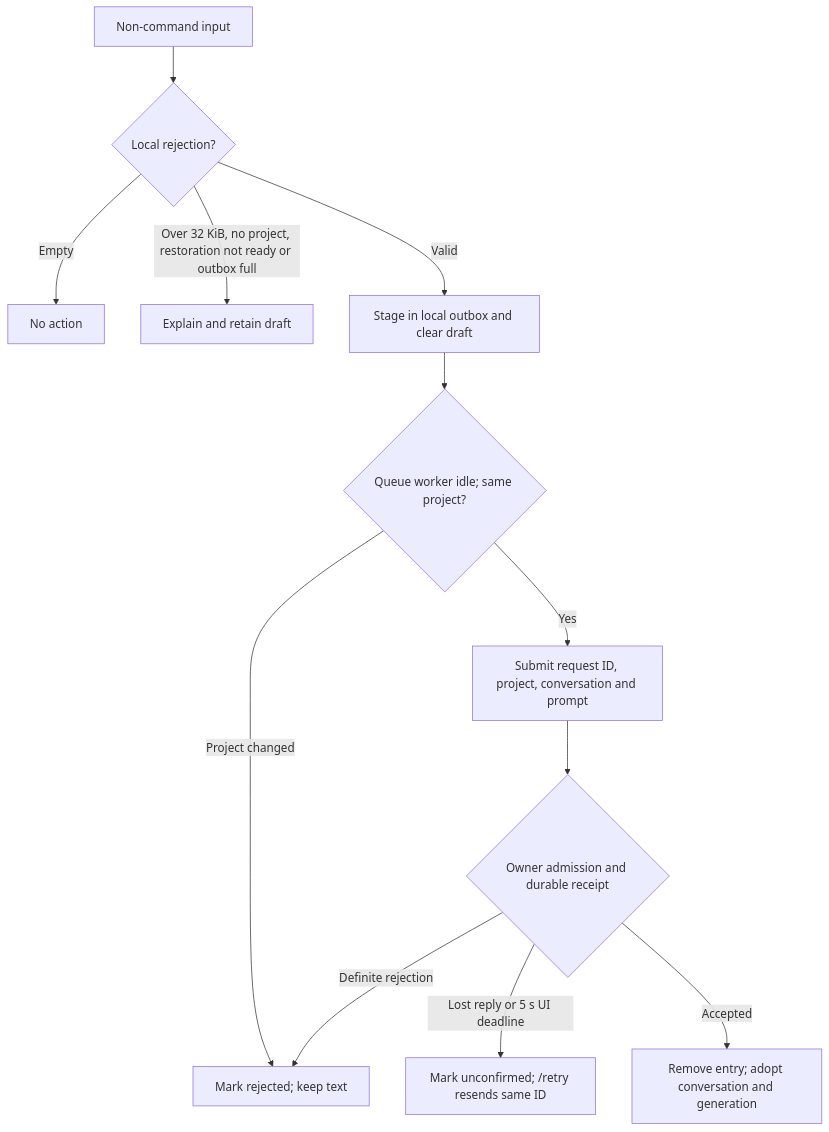
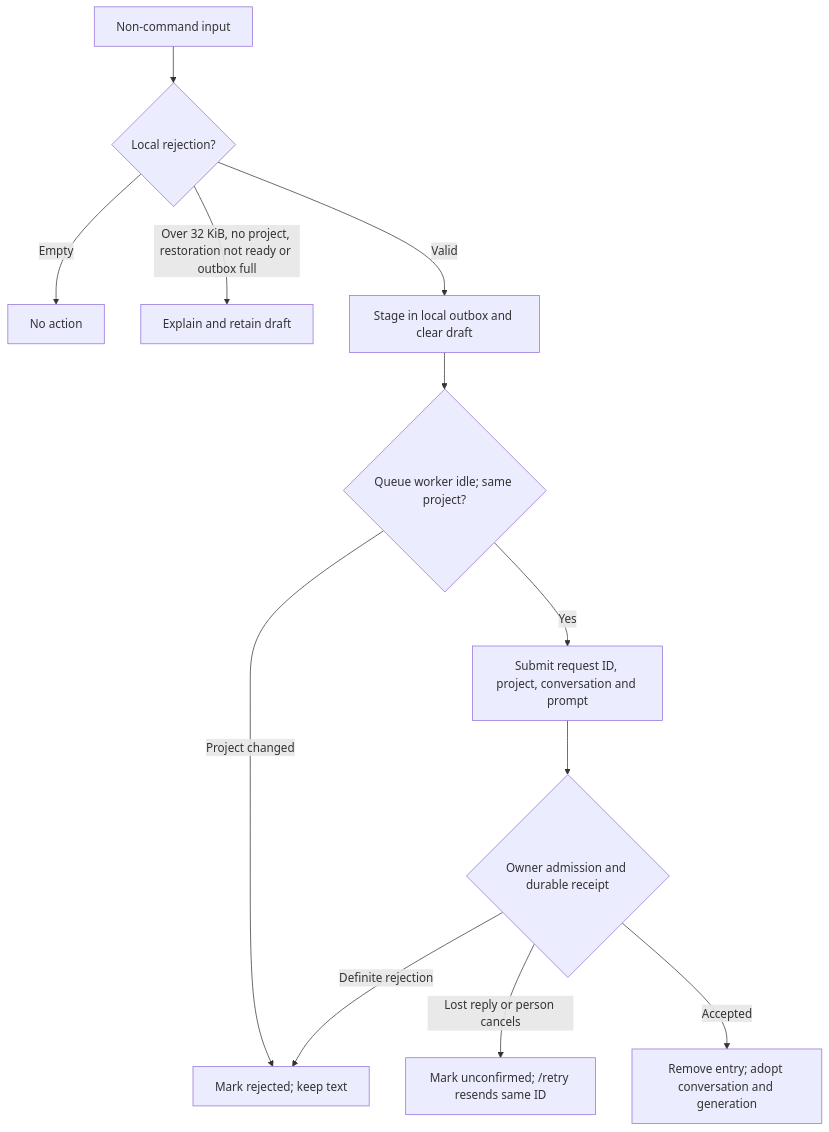
Before and after one commit to pidster/asura: diagram 11 of 18 in docs/designs/command-flows.md, drawn with Mermaid. The commit also changed other lines of this file and 39 other files, not shown here.

````diff
--- a/docs/designs/command-flows.md
+++ b/docs/designs/command-flows.md
@@ -348,14 +361,14 @@
 ```mermaid
 flowchart TD
     Text["Non-command input"] --> Local{"Local rejection?"}
     Local -->|Empty| Ignore["No action"]
     Local -->|"Over 32 KiB, no project, restoration not ready or outbox full"| Keep["Explain and retain draft"]
     Local -->|Valid| Stage["Stage in local outbox and clear draft"]
     Stage --> Worker{"Queue worker idle; same project?"}
     Worker -->|"Project changed"| Rejected["Mark rejected; keep text"]
     Worker -->|Yes| Submit["Submit request ID, project, conversation and prompt"]
     Submit --> Admit{"Owner admission and durable receipt"}
     Admit -->|"Definite rejection"| Rejected
-    Admit -->|"Lost reply or 5 s UI deadline"| Retry["Mark unconfirmed; /retry resends same ID"]
+    Admit -->|"Lost reply or person cancels"| Retry["Mark unconfirmed; /retry resends same ID"]
     Admit -->|Accepted| Accept["Remove entry; adopt conversation and generation"]
 ```
````
